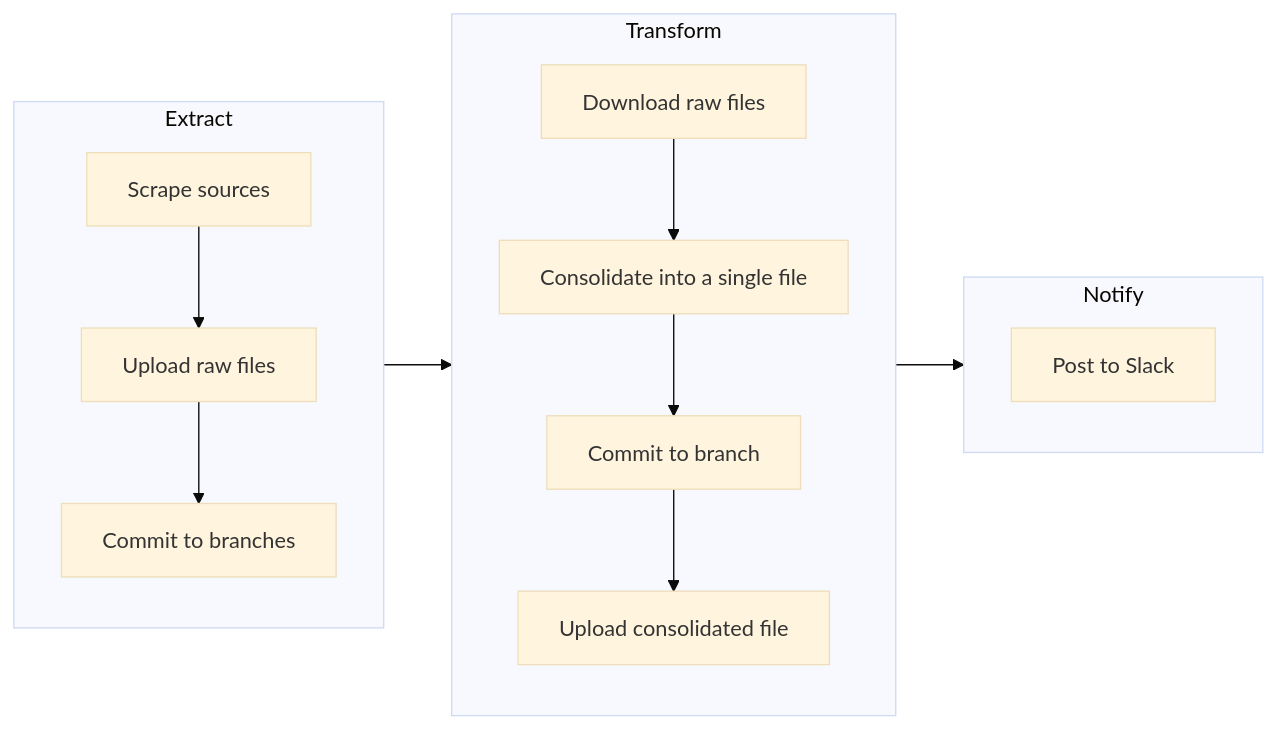
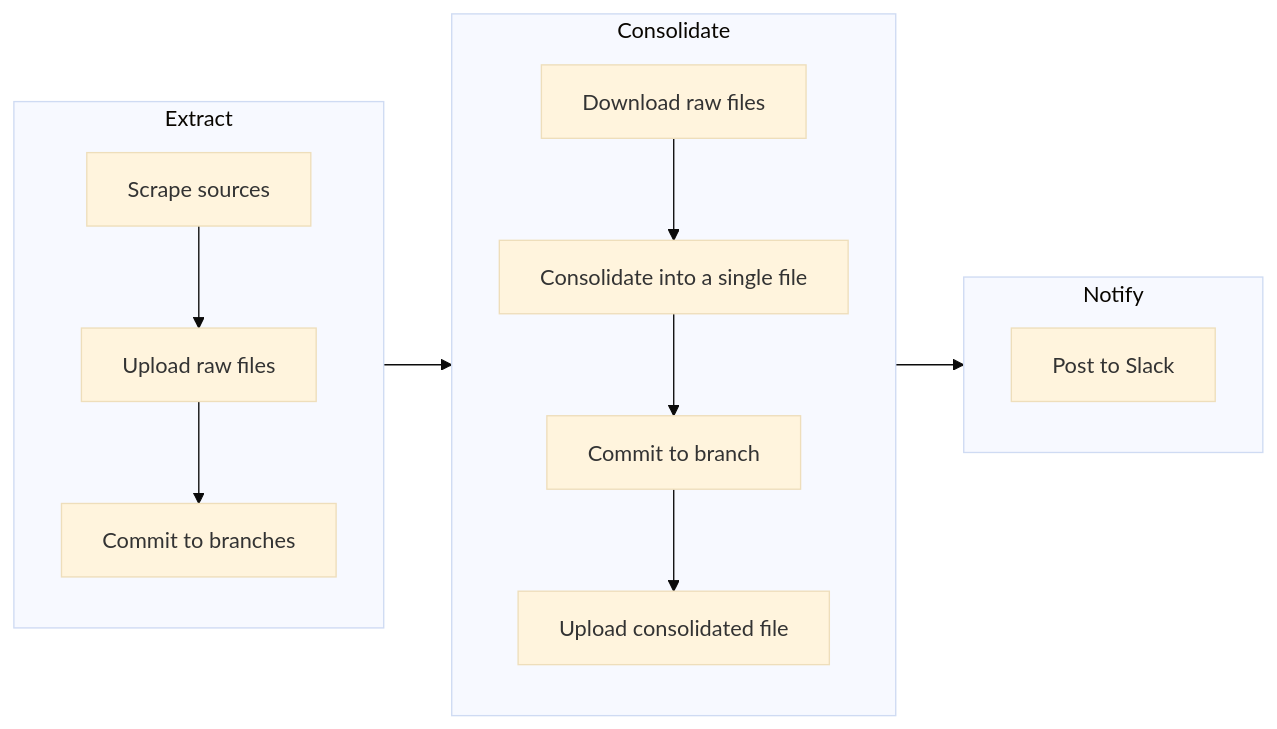
Before and after one commit to biglocalnews/warn-github-flow: the diagram in README.md, drawn with Mermaid (base theme).

````diff
--- a/README.md
+++ b/README.md
@@ -12,17 +12,17 @@
 ```mermaid
 flowchart LR
     subgraph Extract
     A[Scrape sources] --> B[Upload raw files]
     B --> C[Commit to branches]
     end
-    subgraph Transform
+    subgraph Consolidate
     D[Download raw files] --> E[Consolidate into a single file]
     E --> F[Commit to branch]
     F --> G[Upload consolidated file]
     end
     subgraph Notify
     H[Post to Slack]
     end
-    Extract --> Transform
-    Transform --> Notify
+    Extract --> Consolidate
+    Consolidate --> Notify
 ```
````
